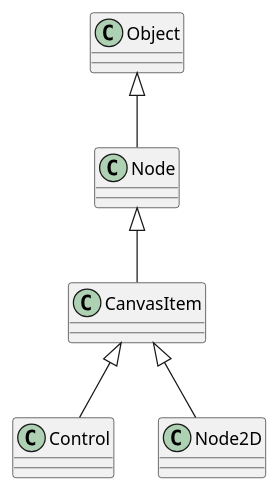
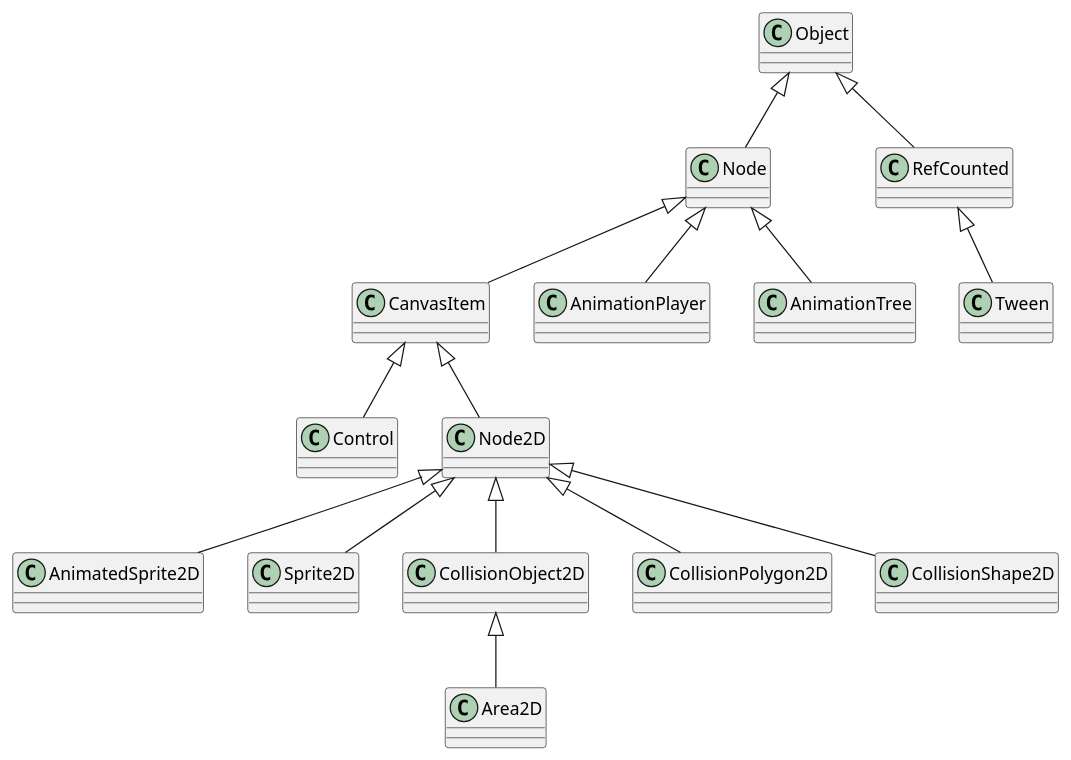
One commit to AidySun/dev_tips changed the diagram in godot.md. Above: the diagram before and after it, drawn with PlantUML. The commit also changed other lines of this file, not shown here.

````diff
--- a/godot.md
+++ b/godot.md
@@ -50,10 +54,19 @@
 ```plantuml
 @startuml
 
 Object <|-- Node
+Object <|-- RefCounted
 Node <|-- CanvasItem
 CanvasItem <|-- Control
 CanvasItem <|-- Node2D
-
+Node2D <|-- AnimatedSprite2D
+Node2D <|-- Sprite2D
+Node2D <|-- CollisionObject2D
+Node2D <|-- CollisionPolygon2D
+Node2D <|-- CollisionShape2D
+Node <|-- AnimationPlayer
+Node <|-- AnimationTree
+RefCounted <|-- Tween
+CollisionObject2D <|-- Area2D
 @enduml
 ```
````
